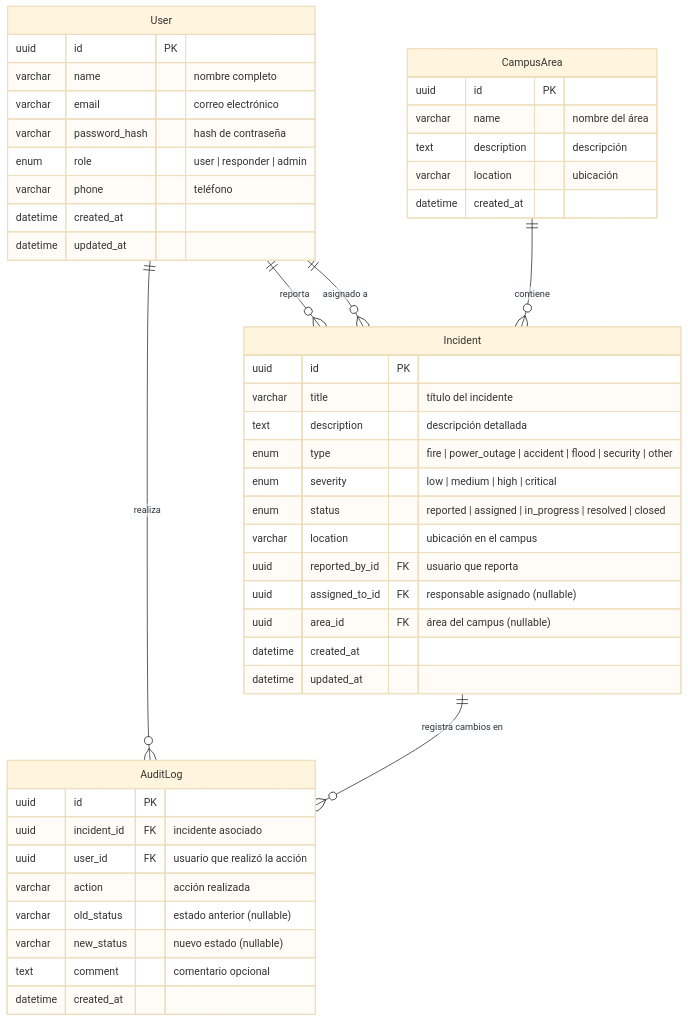
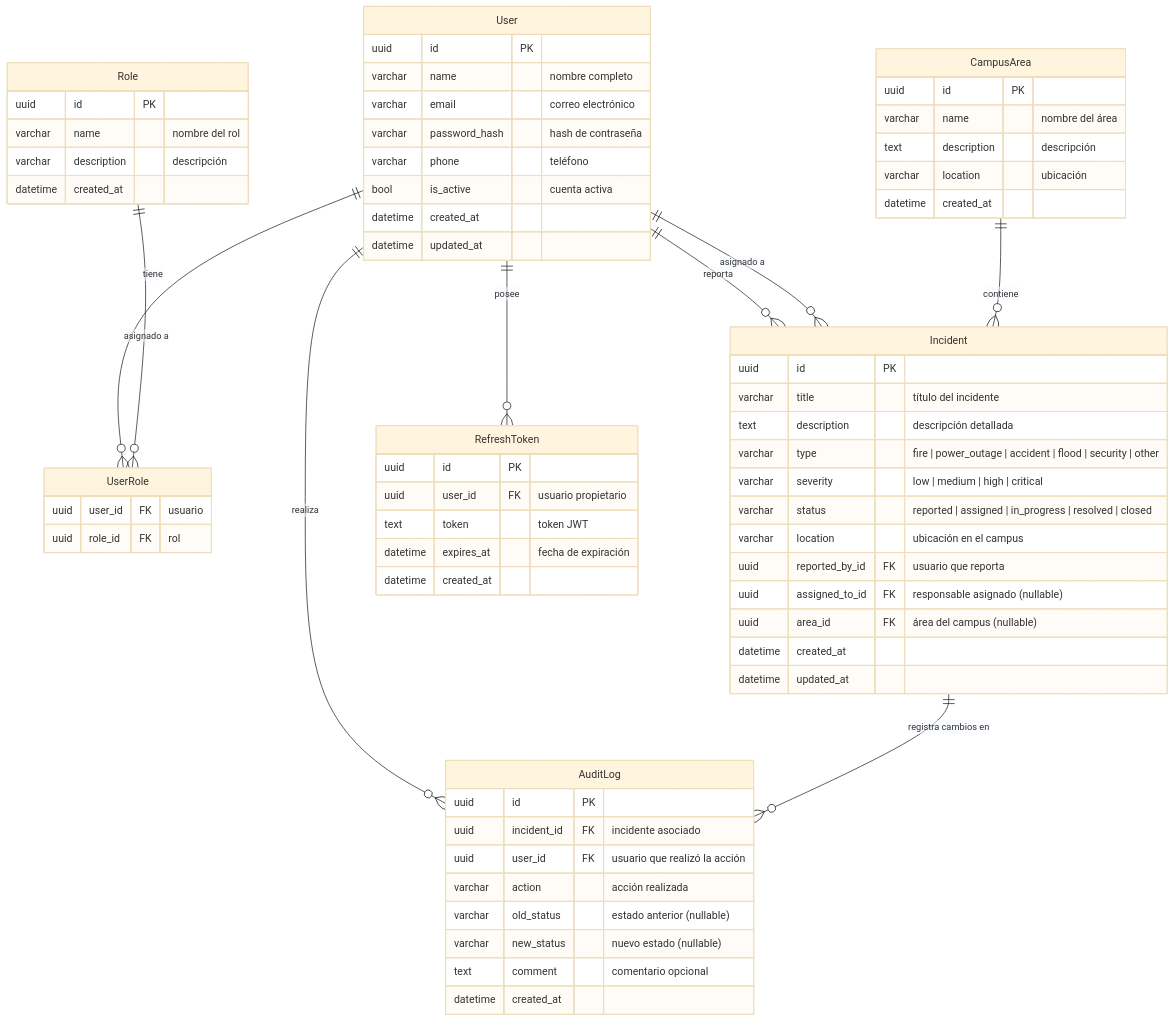
One commit to Joaquinfr87/hackaton changed the diagram in docs/modelo-base-datos.md. Above: the diagram before and after it, drawn with Mermaid (base theme). The commit also changed other lines of this file, not shown here.

````diff
--- a/docs/modelo-base-datos.md
+++ b/docs/modelo-base-datos.md
@@ -5,53 +5,76 @@
 ```mermaid
 erDiagram
+    User ||--o{ UserRole : "tiene"
+    Role ||--o{ UserRole : "asignado a"
     User ||--o{ Incident : "reporta"
     User ||--o{ Incident : "asignado a"
     User ||--o{ AuditLog : "realiza"
+    User ||--o{ RefreshToken : "posee"
     Incident ||--o{ AuditLog : "registra cambios en"
     CampusArea ||--o{ Incident : "contiene"
 
     User {
         uuid id PK
         varchar name "nombre completo"
         varchar email "correo electrónico"
         varchar password_hash "hash de contraseña"
-        enum role "user | responder | admin"
         varchar phone "teléfono"
+        bool is_active "cuenta activa"
         datetime created_at
         datetime updated_at
+    }
+
+    Role {
+        uuid id PK
+        varchar name "nombre del rol"
+        varchar description "descripción"
+        datetime created_at
+    }
+
+    UserRole {
+        uuid user_id FK "usuario"
+        uuid role_id FK "rol"
     }
 
     Incident {
         uuid id PK
         varchar title "título del incidente"
         text description "descripción detallada"
-        enum type "fire | power_outage | accident | flood | security | other"
-        enum severity "low | medium | high | critical"
-        enum status "reported | assigned | in_progress | resolved | closed"
+        varchar type "fire | power_outage | accident | flood | security | other"
+        varchar severity "low | medium | high | critical"
+        varchar status "reported | assigned | in_progress | resolved | closed"
         varchar location "ubicación en el campus"
         uuid reported_by_id FK "usuario que reporta"
         uuid assigned_to_id FK "responsable asignado (nullable)"
         uuid area_id FK "área del campus (nullable)"
         datetime created_at
         datetime updated_at
+    }
+
+    CampusArea {
+        uuid id PK
+        varchar name "nombre del área"
+        text description "descripción"
+        varchar location "ubicación"
+        datetime created_at
     }
 
     AuditLog {
         uuid id PK
         uuid incident_id FK "incidente asociado"
         uuid user_id FK "usuario que realizó la acción"
         varchar action "acción realizada"
         varchar old_status "estado anterior (nullable)"
         varchar new_status "nuevo estado (nullable)"
         text comment "comentario opcional"
         datetime created_at
     }
 
-    CampusArea {
+    RefreshToken {
         uuid id PK
-        varchar name "nombre del área"
-        text description "descripción"
-        varchar location "ubicación"
+        uuid user_id FK "usuario propietario"
+        text token "token JWT"
+        datetime expires_at "fecha de expiración"
         datetime created_at
     }
 ```
````
